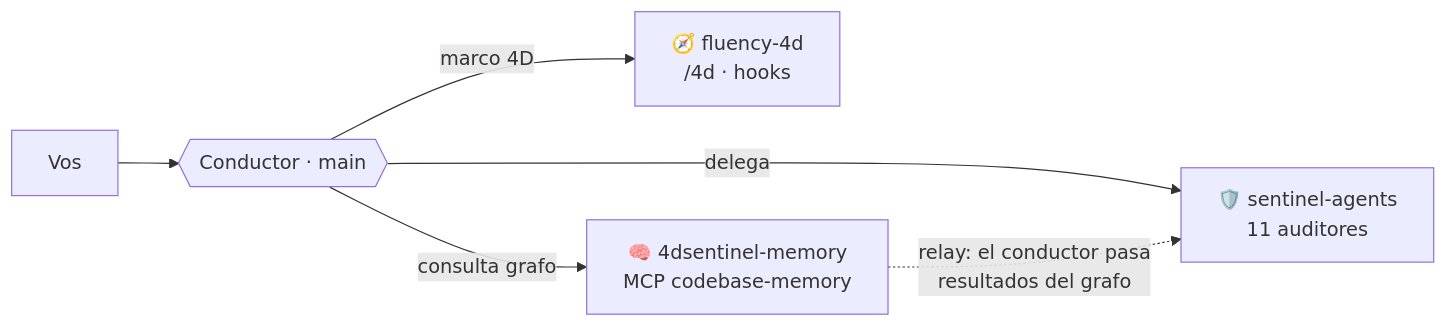
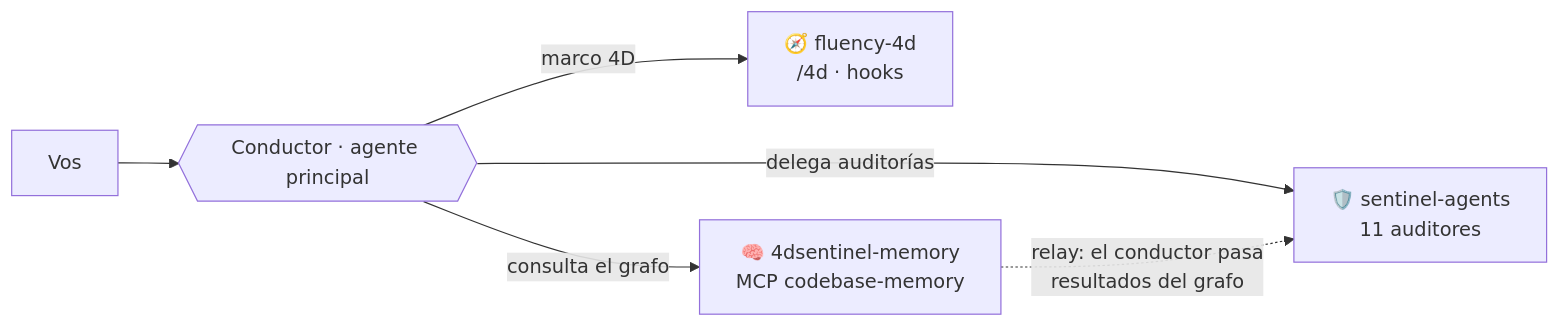
Before and after one commit to alexissamudio/4Dsentinel-suite: the diagram in README.md, drawn with Mermaid. The commit also changed other lines of this file, not shown here.

````diff
--- a/README.md
+++ b/README.md
@@ -79,8 +141,8 @@
 ```mermaid
 flowchart LR
-    U[Vos] --> C{{Conductor · main}}
+    U[Vos] --> C{{Conductor · agente principal}}
     C -->|marco 4D| F[🧭 fluency-4d<br/>/4d · hooks]
-    C -->|delega| S[🛡️ sentinel-agents<br/>11 auditores]
-    C -->|consulta grafo| M[🧠 4dsentinel-memory<br/>MCP codebase-memory]
+    C -->|delega auditorías| S[🛡️ sentinel-agents<br/>11 auditores]
+    C -->|consulta el grafo| M[🧠 4dsentinel-memory<br/>MCP codebase-memory]
     M -.->|relay: el conductor pasa<br/>resultados del grafo| S
 ```
````
